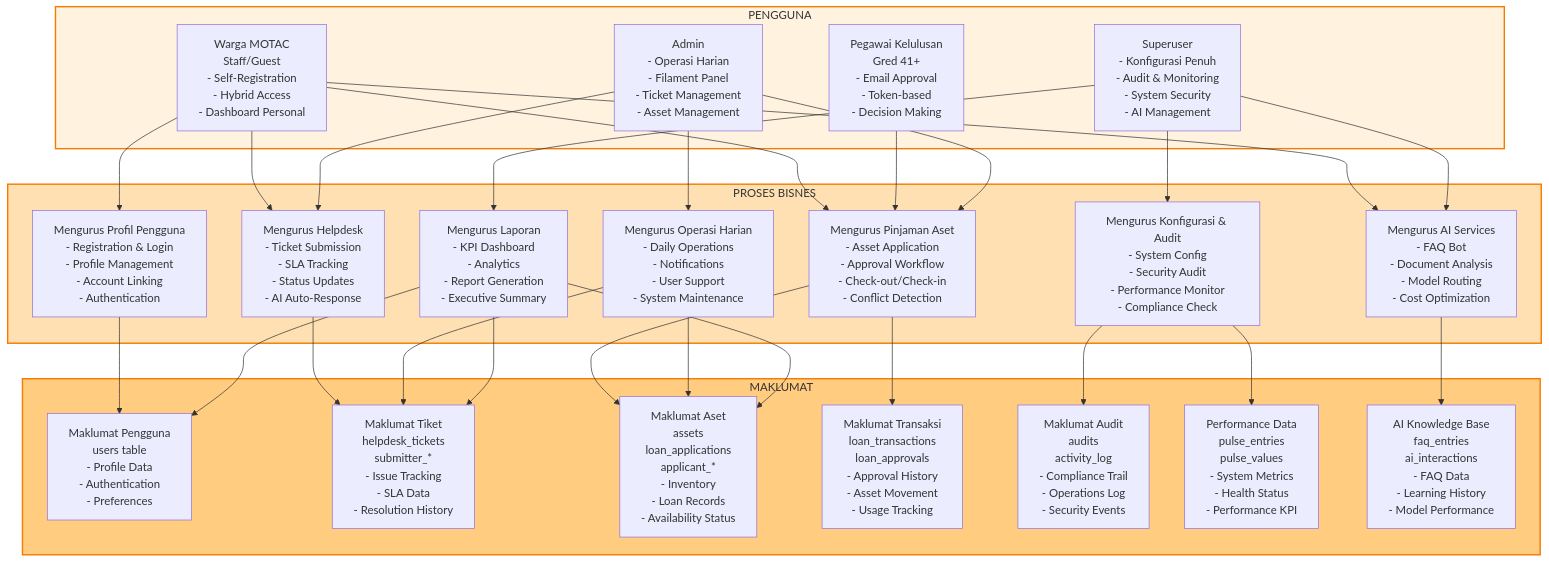
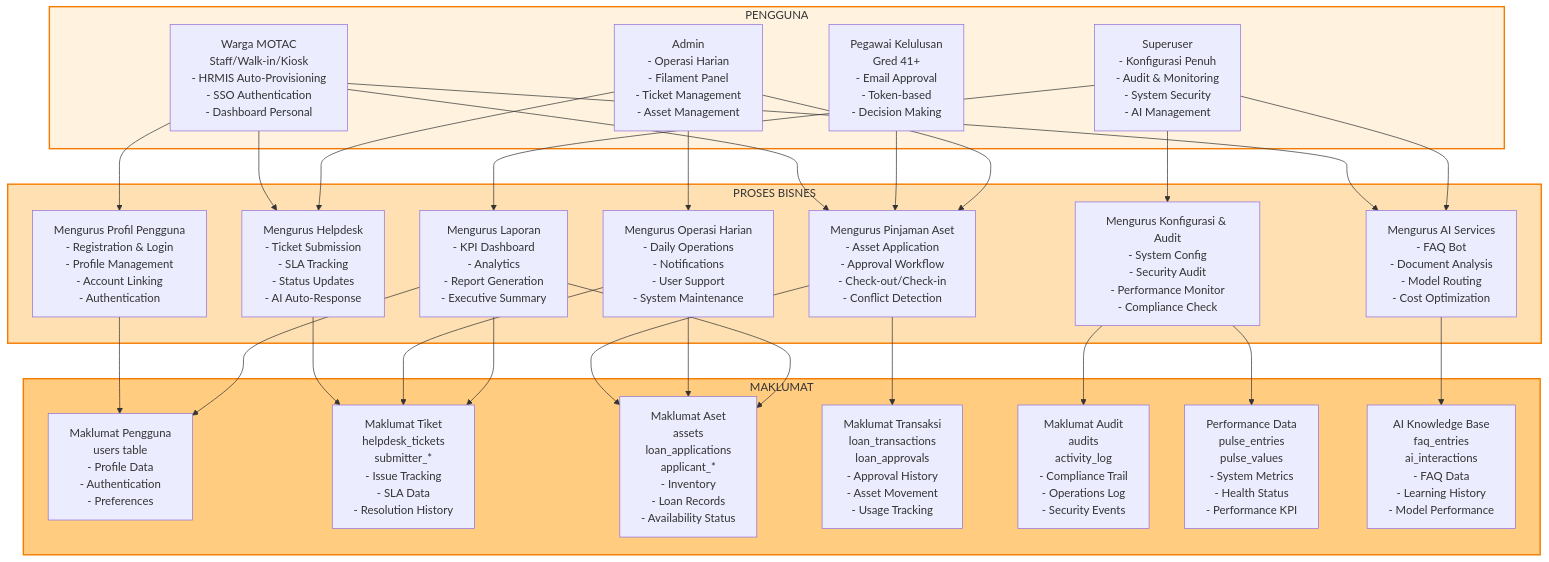
One commit to IzzatFirdaus/ictserve-031125 changed the third of 7 diagrams in docs/KRISA/D02_KRISA_ICTSERVE_SPESIFIKASI_KEPERLUAN_BISNES.md. Above: the diagram before and after it, drawn with Mermaid. The commit also changed other lines of this file and 18 other files, not shown here.

````diff
--- a/docs/KRISA/D02_KRISA_ICTSERVE_SPESIFIKASI_KEPERLUAN_BISNES.md
+++ b/docs/KRISA/D02_KRISA_ICTSERVE_SPESIFIKASI_KEPERLUAN_BISNES.md
@@ -366,58 +405,58 @@
 ```mermaid
 flowchart TD
     subgraph PENGGUNA["PENGGUNA"]
-        U1[Warga MOTAC<br/>Staff/Guest<br/>- Self-Registration<br/>- Hybrid Access<br/>- Dashboard Personal]
+        U1[Warga MOTAC<br/>Staff/Walk-in/Kiosk<br/>- HRMIS Auto-Provisioning<br/>- SSO Authentication<br/>- Dashboard Personal]
         U2[Pegawai Kelulusan<br/>Gred 41+<br/>- Email Approval<br/>- Token-based<br/>- Decision Making]
         U3[Admin<br/>- Operasi Harian<br/>- Filament Panel<br/>- Ticket Management<br/>- Asset Management]
         U4[Superuser<br/>- Konfigurasi Penuh<br/>- Audit & Monitoring<br/>- System Security<br/>- AI Management]
     end
     
     subgraph PROSES["PROSES BISNES"]
         P1[Mengurus Profil Pengguna<br/>- Registration & Login<br/>- Profile Management<br/>- Account Linking<br/>- Authentication]
         P2[Mengurus Helpdesk<br/>- Ticket Submission<br/>- SLA Tracking<br/>- Status Updates<br/>- AI Auto-Response]
         P3[Mengurus Pinjaman Aset<br/>- Asset Application<br/>- Approval Workflow<br/>- Check-out/Check-in<br/>- Conflict Detection]
         P4[Mengurus Operasi Harian<br/>- Daily Operations<br/>- Notifications<br/>- User Support<br/>- System Maintenance]
         P5[Mengurus Konfigurasi & Audit<br/>- System Config<br/>- Security Audit<br/>- Performance Monitor<br/>- Compliance Check]
         P6[Mengurus Laporan<br/>- KPI Dashboard<br/>- Analytics<br/>- Report Generation<br/>- Executive Summary]
         P7[Mengurus AI Services<br/>- FAQ Bot<br/>- Document Analysis<br/>- Model Routing<br/>- Cost Optimization]
     end
     
     subgraph MAKLUMAT["MAKLUMAT"]
         M1[Maklumat Pengguna<br/>users table<br/>- Profile Data<br/>- Authentication<br/>- Preferences]
         M2[Maklumat Tiket<br/>helpdesk_tickets<br/>submitter_*<br/>- Issue Tracking<br/>- SLA Data<br/>- Resolution History]
         M3[Maklumat Aset<br/>assets<br/>loan_applications<br/>applicant_*<br/>- Inventory<br/>- Loan Records<br/>- Availability Status]
         M4[Maklumat Transaksi<br/>loan_transactions<br/>loan_approvals<br/>- Approval History<br/>- Asset Movement<br/>- Usage Tracking]
         M5[Maklumat Audit<br/>audits<br/>activity_log<br/>- Compliance Trail<br/>- Operations Log<br/>- Security Events]
         M6[Performance Data<br/>pulse_entries<br/>pulse_values<br/>- System Metrics<br/>- Health Status<br/>- Performance KPI]
         M7[AI Knowledge Base<br/>faq_entries<br/>ai_interactions<br/>- FAQ Data<br/>- Learning History<br/>- Model Performance]
     end
     
     U1 --> P1
     U1 --> P2
     U1 --> P3
     U1 --> P7
     U2 --> P3
     U3 --> P4
     U3 --> P2
     U3 --> P3
     U4 --> P5
     U4 --> P6
     U4 --> P7
     
     P1 --> M1
     P2 --> M2
     P3 --> M3
     P3 --> M4
     P4 --> M2
     P4 --> M3
     P5 --> M5
     P5 --> M6
     P6 --> M1
     P6 --> M2
     P6 --> M3
     P7 --> M7
     
     style PENGGUNA fill:#fff3e0,stroke:#f57c00,stroke-width:2px
     style PROSES fill:#ffe0b2,stroke:#f57c00,stroke-width:2px
     style MAKLUMAT fill:#ffcc80,stroke:#f57c00,stroke-width:2px
 ```
````
